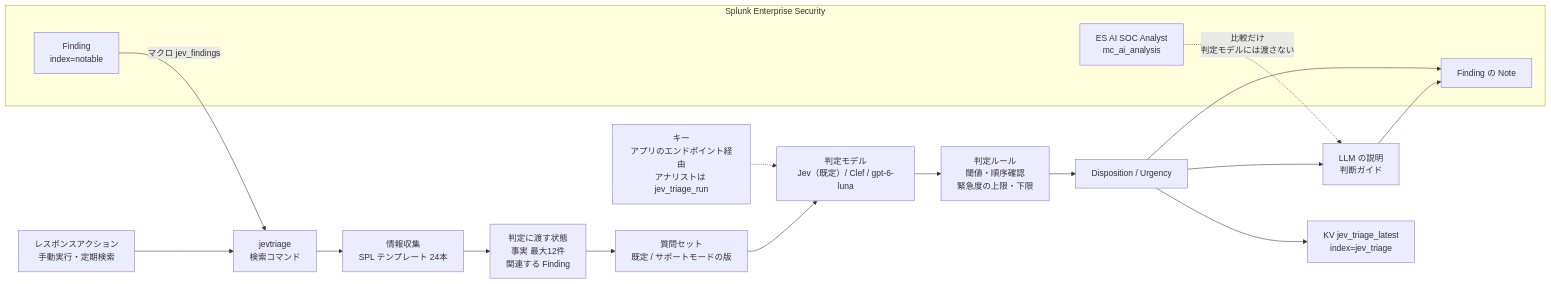
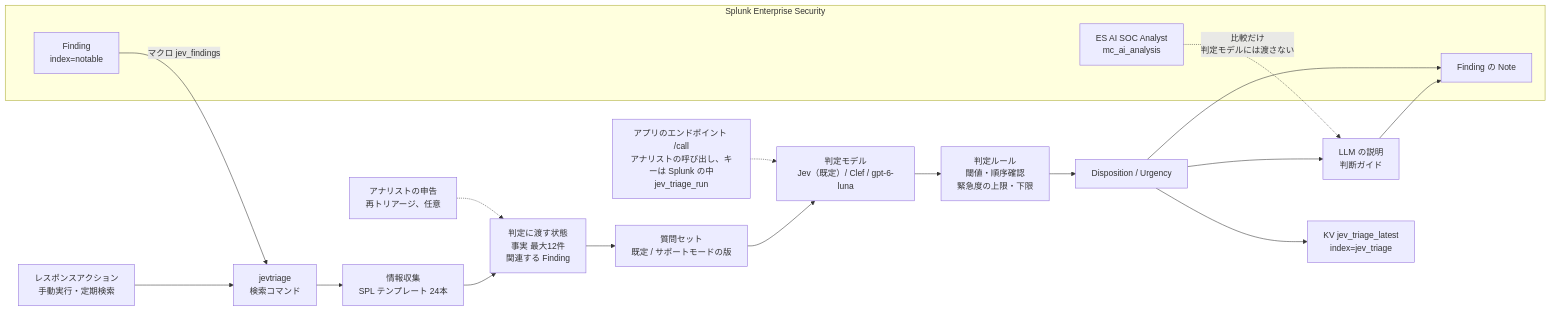
One commit to hidefujimori/hf-second-opinion-triage changed the first of 3 diagrams in docs/ja/how-it-works.md. Above: the diagram before and after it, drawn with Mermaid. The commit also changed other lines of this file and 12 other files, not shown here.

````diff
--- a/docs/ja/how-it-works.md
+++ b/docs/ja/how-it-works.md
@@ -13,22 +13,23 @@
 ```mermaid
 flowchart LR
   subgraph ES["Splunk Enterprise Security"]
     F["Finding<br/>index=notable"]
     NOTE["Finding の Note"]
     AIA["ES AI SOC Analyst<br/>mc_ai_analysis"]
   end
   F -->|"マクロ jev_findings"| T["jevtriage<br/>検索コマンド"]
   RA["レスポンスアクション<br/>手動実行・定期検索"] --> T
   T --> E["情報収集<br/>SPL テンプレート 24本"]
   E --> S["判定に渡す状態<br/>事実 最大12件<br/>関連する Finding"]
   S --> Q["質問セット<br/>既定 / サポートモードの版"]
   Q --> M["判定モデル<br/>Jev（既定）/ Clef / gpt-6-luna"]
-  KEY["キー<br/>アプリのエンドポイント経由<br/>アナリストは jev_triage_run"] -.-> M
+  KEY["アプリのエンドポイント /call<br/>アナリストの呼び出し、キーは Splunk の中<br/>jev_triage_run"] -.-> M
+  ST["アナリストの申告<br/>再トリアージ、任意"] -.-> S
   M --> R["判定ルール<br/>閾値・順序確認<br/>緊急度の上限・下限"]
   R --> O["Disposition / Urgency"]
   O --> KV["KV jev_triage_latest<br/>index=jev_triage"]
   O --> NOTE
   O --> L["LLM の説明<br/>判断ガイド"]
   AIA -.->|"比較だけ<br/>判定モデルには渡さない"| L
   L --> NOTE
 ```
````
